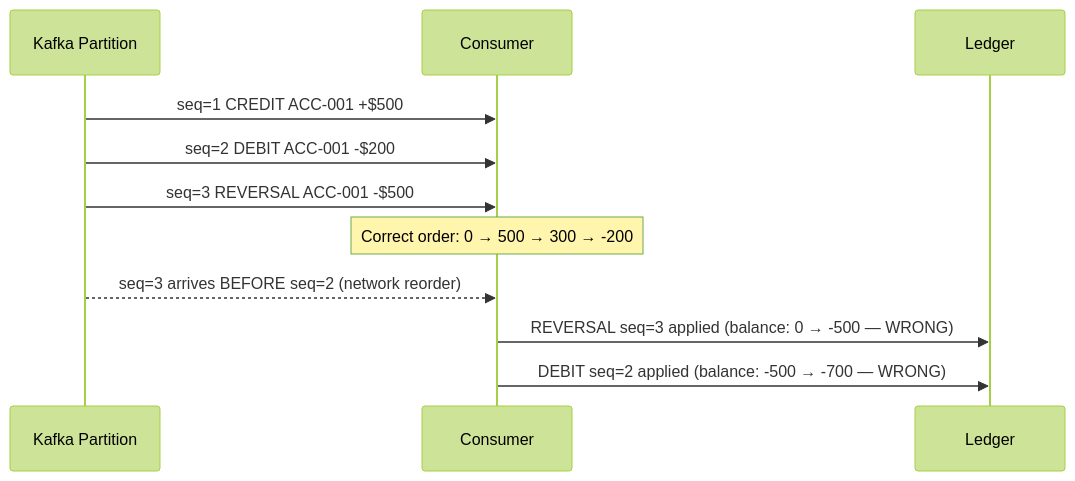
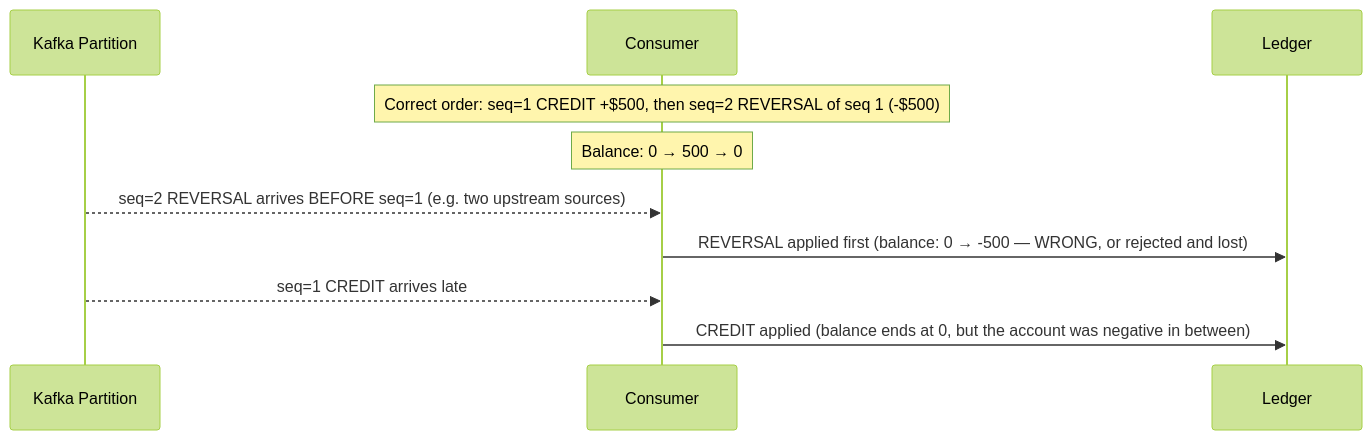
The first of 3 diagrams in docs/content/tracks/track-03-concurrency/lesson-27-concurrency-patterns-fintech/index.md (mostafasroor1983/fintech-engineering-mastery), drawn with Mermaid (forest theme) before and after one commit. The commit also changed other lines of this file and 345 other files, not shown here.

````diff
--- a/docs/content/tracks/track-03-concurrency/lesson-27-concurrency-patterns-fintech/index.md
+++ b/docs/content/tracks/track-03-concurrency/lesson-27-concurrency-patterns-fintech/index.md
@@ -235,16 +240,14 @@
 ```mermaid
 sequenceDiagram
     participant K as Kafka Partition
     participant C as Consumer
     participant L as Ledger
 
-    K->>C: seq=1 CREDIT  ACC-001 +$500
-    K->>C: seq=2 DEBIT   ACC-001 -$200
-    K->>C: seq=3 REVERSAL ACC-001 -$500
+    Note over C: Correct order: seq=1 CREDIT +$500, then seq=2 REVERSAL of seq 1 (-$500)
+    Note over C: Balance: 0 → 500 → 0
 
-    Note over C: Correct order: 0 → 500 → 300 → -200
-
-    K-->>C: seq=3 arrives BEFORE seq=2 (network reorder)
-    C->>L: REVERSAL seq=3 applied (balance: 0 → -500 — WRONG)
-    C->>L: DEBIT seq=2 applied (balance: -500 → -700 — WRONG)
+    K-->>C: seq=2 REVERSAL arrives BEFORE seq=1 (e.g. two upstream sources)
+    C->>L: REVERSAL applied first (balance: 0 → -500 — WRONG, or rejected and lost)
+    K-->>C: seq=1 CREDIT arrives late
+    C->>L: CREDIT applied (balance ends at 0, but the account was negative in between)
 ```
````
